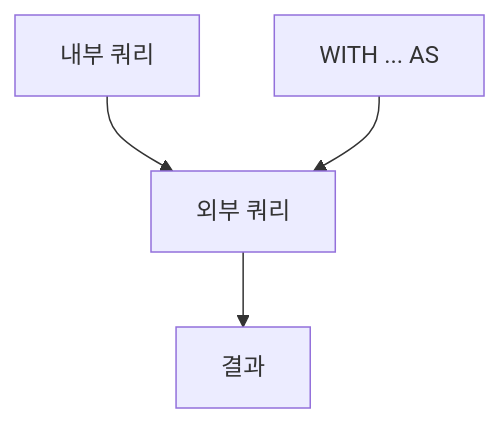
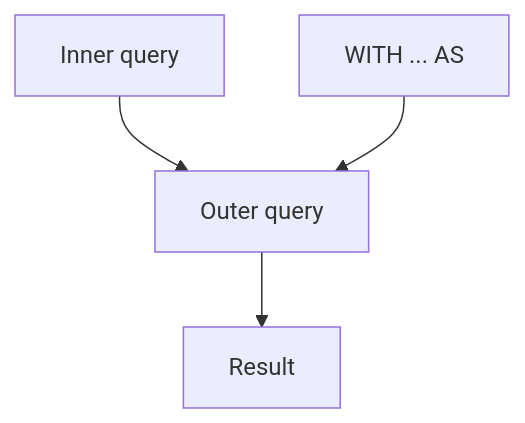
The diagram in content/sql-101/ko/06-subquery.md (yeongseon-books/book-content), drawn with Mermaid before and after one commit. The commit also changed other lines of this file and 9 other files, not shown here.

````diff
--- a/content/sql-101/ko/06-subquery.md
+++ b/content/sql-101/ko/06-subquery.md
@@ -35,6 +47,6 @@
 ```mermaid
 flowchart TB
-    Inner["내부 쿼리"] --> Outer["외부 쿼리"]
-    Outer --> Result["결과"]
+    Inner["Inner query"] --> Outer["Outer query"]
+    Outer --> Result["Result"]
     CTE["WITH ... AS"] --> Outer
 ```
````
